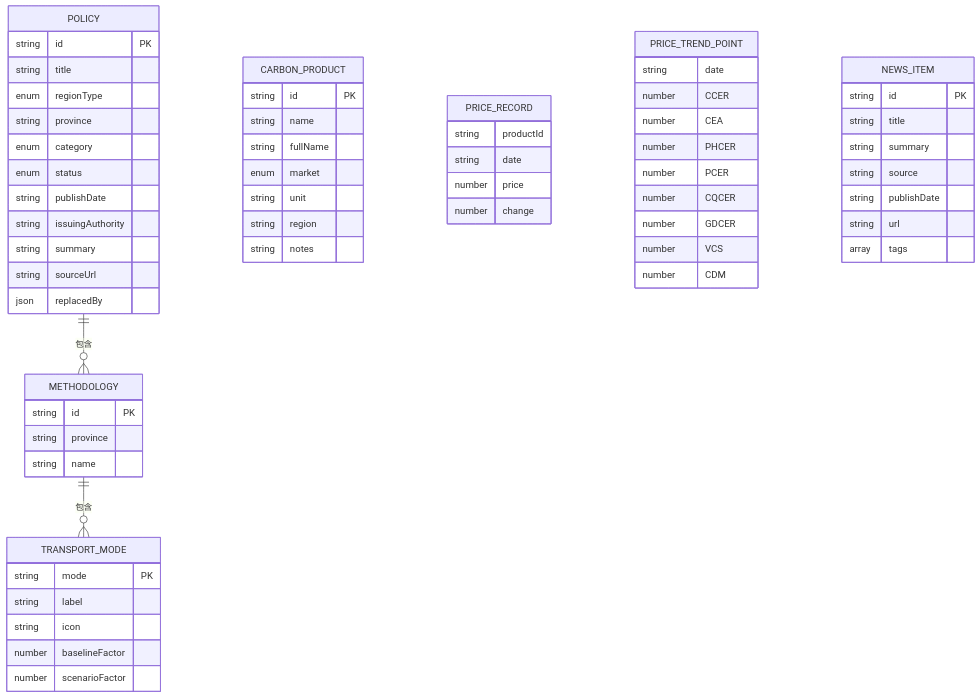
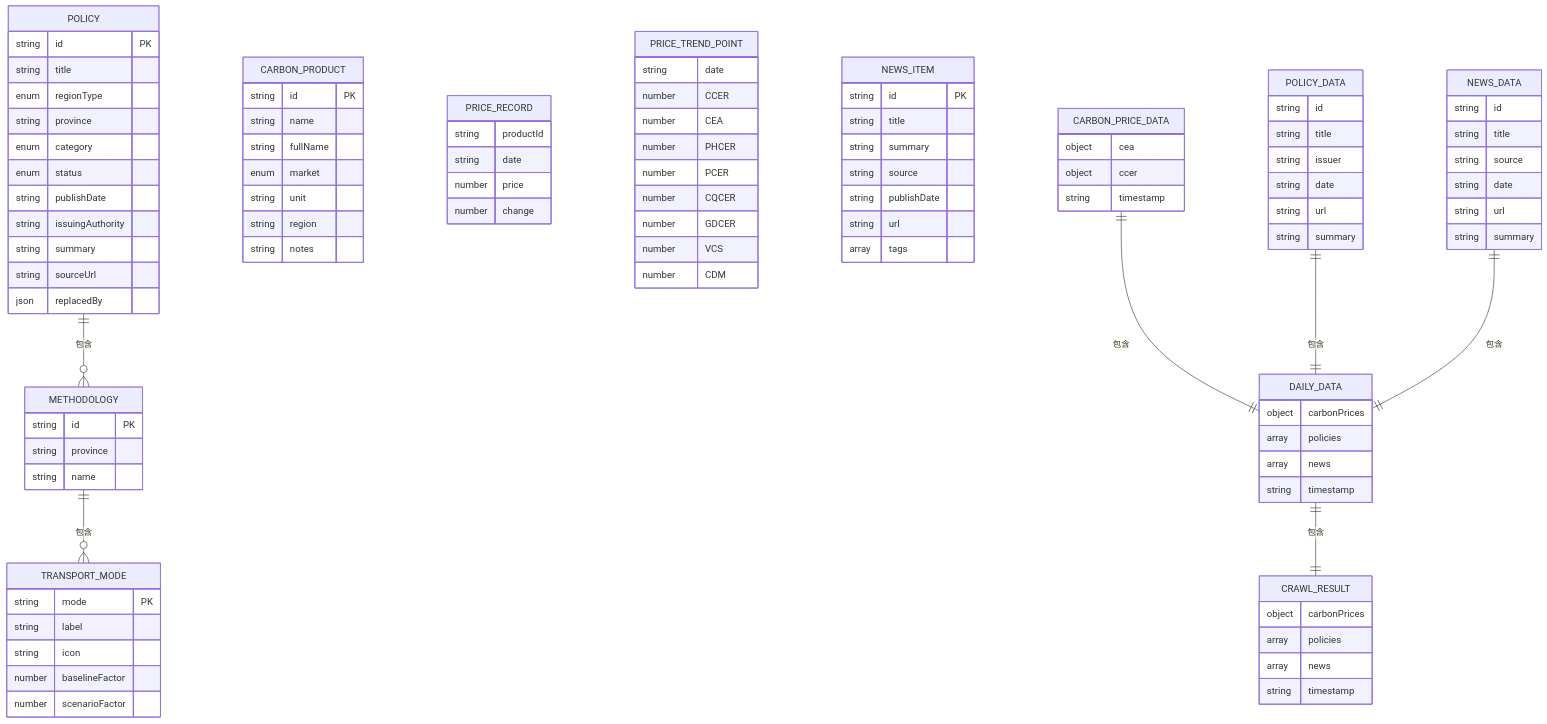
Before and after one commit to liangxuanliang-cmd/carbon-info-agent: the second of 6 diagrams in .qoder/repowiki/zh/content/数据管理/数据管理.md, drawn with Mermaid. The commit also changed other lines of this file and 14 other files, not shown here.

````diff
--- a/.qoder/repowiki/zh/content/数据管理/数据管理.md
+++ b/.qoder/repowiki/zh/content/数据管理/数据管理.md
@@ -169,6 +221,43 @@
 string url
 array tags
 }
+DAILY_DATA {
+object carbonPrices
+array policies
+array news
+string timestamp
+}
+CRAWL_RESULT {
+object carbonPrices
+array policies
+array news
+string timestamp
+}
+CARBON_PRICE_DATA {
+object cea
+object ccer
+string timestamp
+}
+POLICY_DATA {
+string id
+string title
+string issuer
+string date
+string url
+string summary
+}
+NEWS_DATA {
+string id
+string title
+string source
+string date
+string url
+string summary
+}
 POLICY ||--o{ METHODOLOGY : "包含"
 METHODOLOGY ||--o{ TRANSPORT_MODE : "包含"
+DAILY_DATA ||--|| CRAWL_RESULT : "包含"
+CARBON_PRICE_DATA ||--|| DAILY_DATA : "包含"
+POLICY_DATA ||--|| DAILY_DATA : "包含"
+NEWS_DATA ||--|| DAILY_DATA : "包含"
 ```
````
